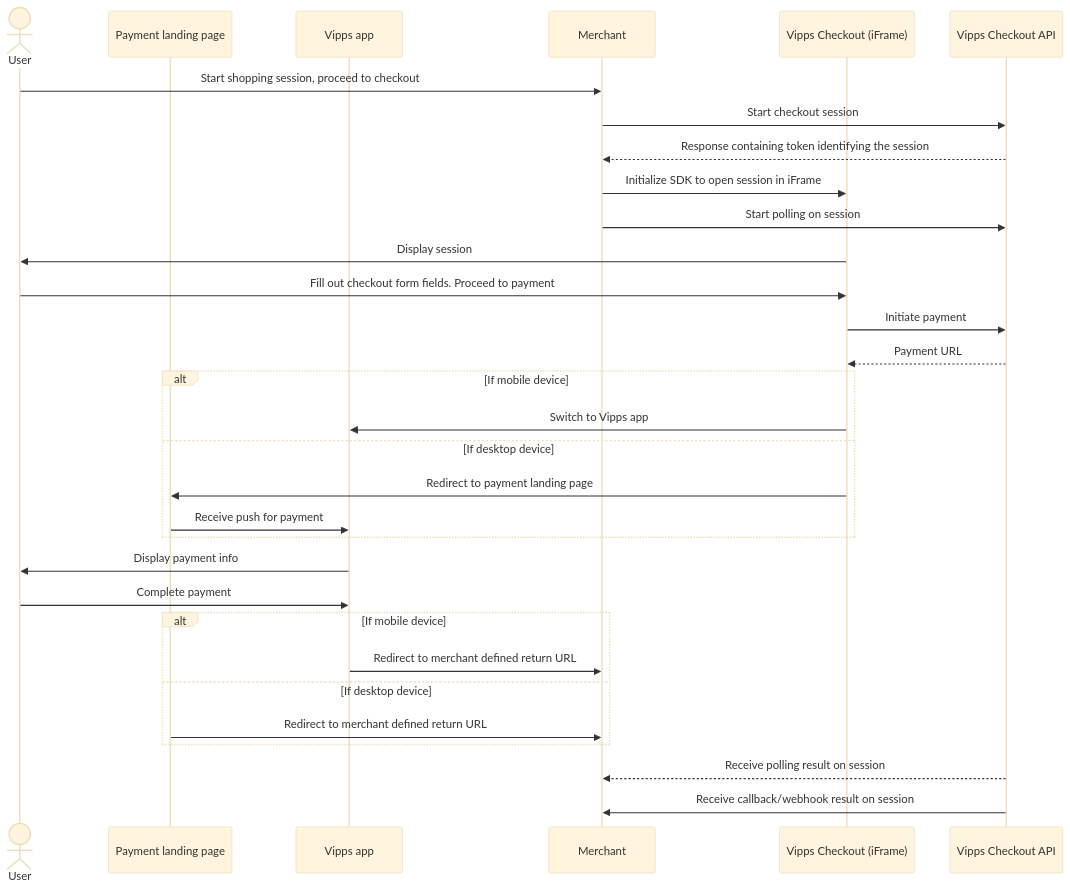
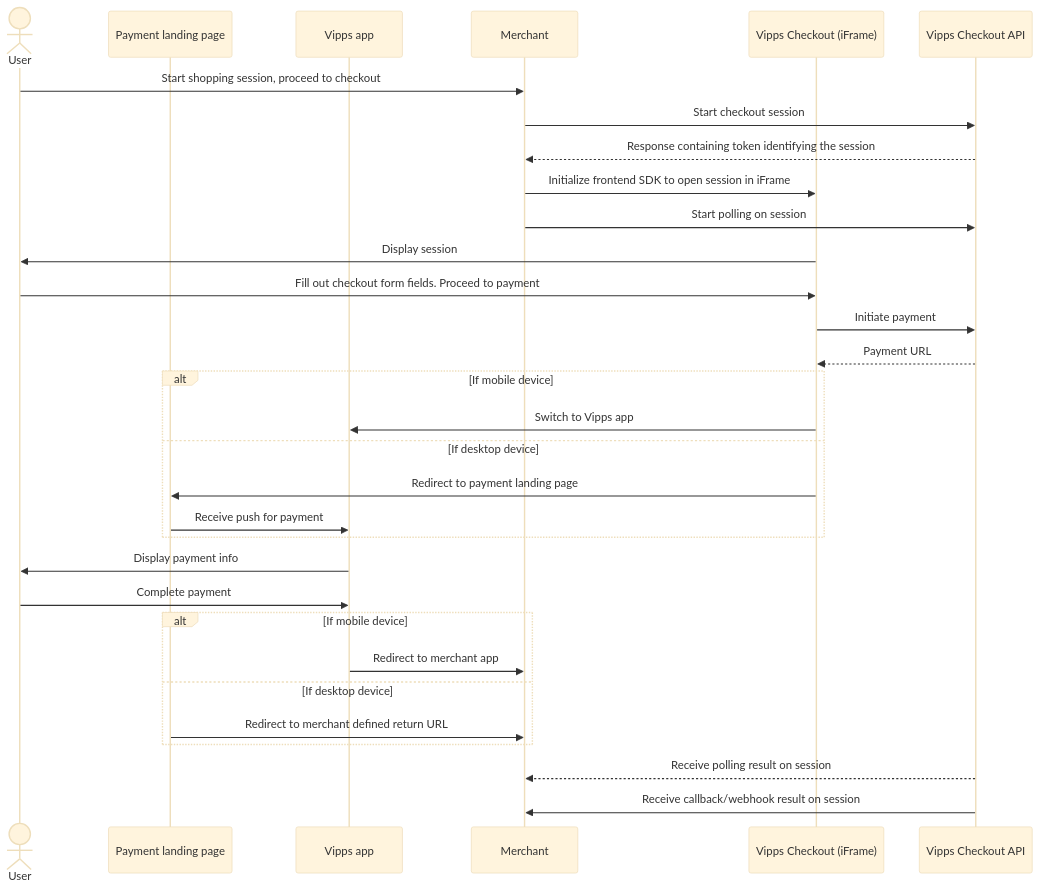
Before and after one commit to vippsas/vipps-checkout: the diagram in vipps-checkout-api.md, drawn with Mermaid (base theme). The commit also changed other lines of this file and 1 other file, not shown here.

````diff
--- a/vipps-checkout-api.md
+++ b/vipps-checkout-api.md
@@ -135,37 +134,37 @@
 ```mermaid
 sequenceDiagram
   actor User
   participant LandingPage as Payment landing page
   participant App as Vipps app
   participant Merchant
   participant Frontend as Vipps Checkout (iFrame)
   participant API as Vipps Checkout API
 
   User->>Merchant: Start shopping session, proceed to checkout
   Merchant->>API: Start checkout session
   API-->>Merchant: Response containing token identifying the session
-  Merchant->>Frontend: Initialize SDK to open session in iFrame
+  Merchant->>Frontend: Initialize frontend SDK to open session in iFrame
   Merchant->>API: Start polling on session
   Frontend->>User: Display session
   User->>Frontend: Fill out checkout form fields. Proceed to payment
   Frontend->>API: Initiate payment
   API-->>Frontend: Payment URL
 
   alt If mobile device
     Frontend->>App: Switch to Vipps app
   else If desktop device
     Frontend->>LandingPage: Redirect to payment landing page
     LandingPage->>App: Receive push for payment
   end
   App->>User: Display payment info
   User->>App: Complete payment
 
   alt If mobile device
-    App->>Merchant: Redirect to merchant defined return URL
+    App->>Merchant: Redirect to merchant app
   else If desktop device
     LandingPage->>Merchant: Redirect to merchant defined return URL
   end
 
   API-->>Merchant: Receive polling result on session
   API->>Merchant: Receive callback/webhook result on session
 ```
````
